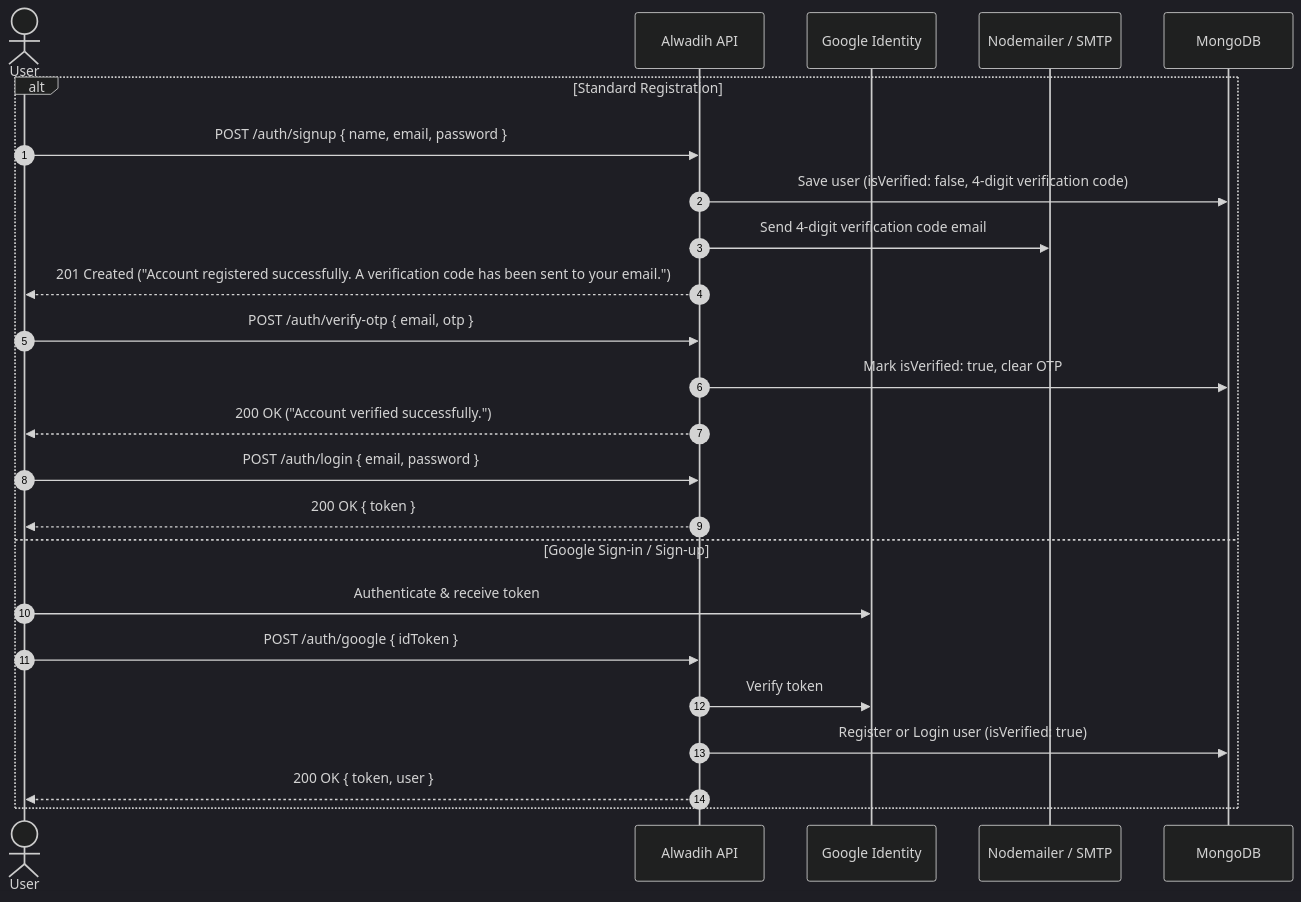
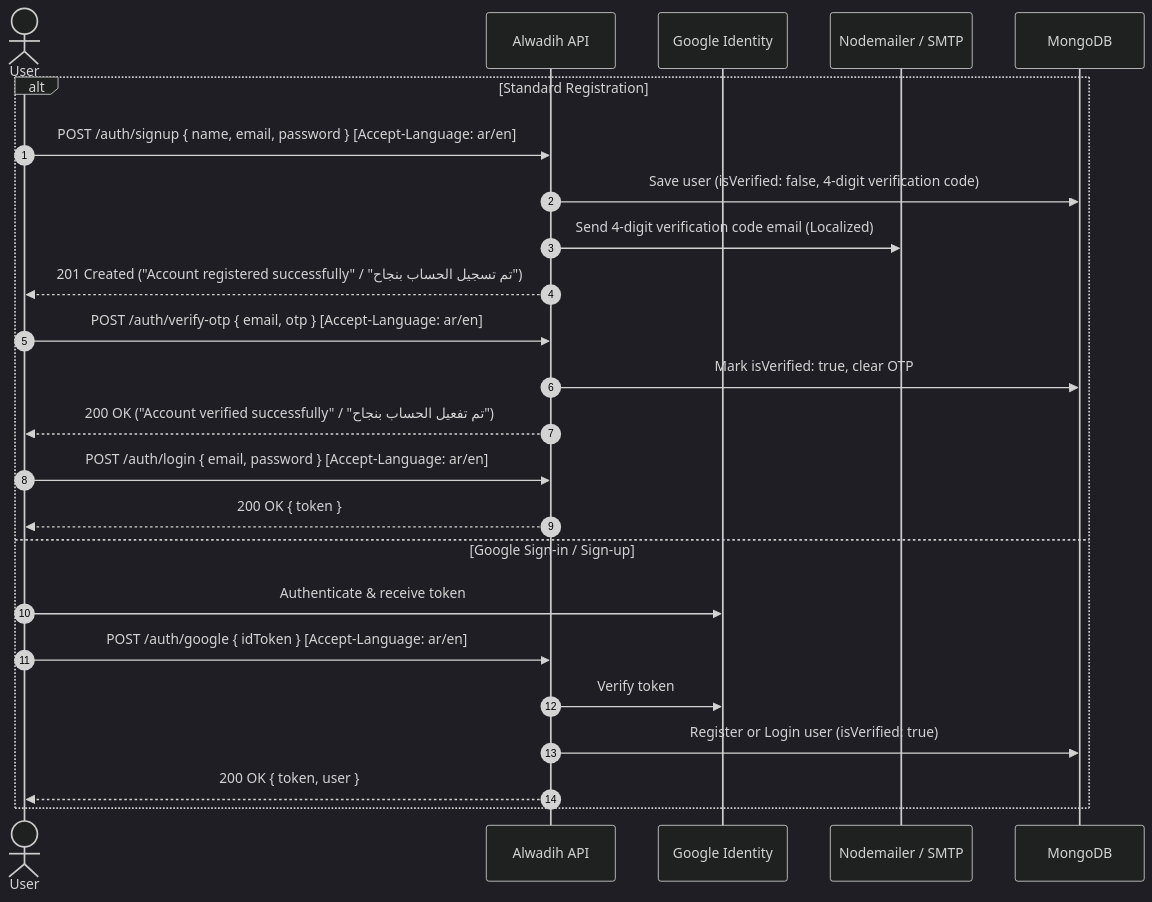
The first of 2 diagrams in API_DOCUMENTATION.md (AliElsese/Alwadih), drawn with Mermaid (dark theme) before and after one commit. The commit also changed other lines of this file and 9 other files, not shown here.

Commit message:
feat(i18n): support Arabic and English responses via Accept-Language header across all APIs

````diff
--- a/API_DOCUMENTATION.md
+++ b/API_DOCUMENTATION.md
@@ -54,27 +73,27 @@
 ```mermaid
 sequenceDiagram
     autonumber
     actor User
     participant API as Alwadih API
     participant Google as Google Identity
     participant Mail as Nodemailer / SMTP
     participant DB as MongoDB
 
     alt Standard Registration
-        User->>API: POST /auth/signup { name, email, password }
+        User->>API: POST /auth/signup { name, email, password } [Accept-Language: ar/en]
         API->>DB: Save user (isVerified: false, 4-digit verification code)
-        API->>Mail: Send 4-digit verification code email
-        API-->>User: 201 Created ("Account registered successfully. A verification code has been sent to your email.")
-        User->>API: POST /auth/verify-otp { email, otp }
+        API->>Mail: Send 4-digit verification code email (Localized)
+        API-->>User: 201 Created ("Account registered successfully" / "تم تسجيل الحساب بنجاح")
+        User->>API: POST /auth/verify-otp { email, otp } [Accept-Language: ar/en]
         API->>DB: Mark isVerified: true, clear OTP
-        API-->>User: 200 OK ("Account verified successfully.")
-        User->>API: POST /auth/login { email, password }
+        API-->>User: 200 OK ("Account verified successfully" / "تم تفعيل الحساب بنجاح")
+        User->>API: POST /auth/login { email, password } [Accept-Language: ar/en]
         API-->>User: 200 OK { token }
     else Google Sign-in / Sign-up
         User->>Google: Authenticate & receive token
-        User->>API: POST /auth/google { idToken }
+        User->>API: POST /auth/google { idToken } [Accept-Language: ar/en]
         API->>Google: Verify token
         API->>DB: Register or Login user (isVerified: true)
         API-->>User: 200 OK { token, user }
     end
 ```
````
